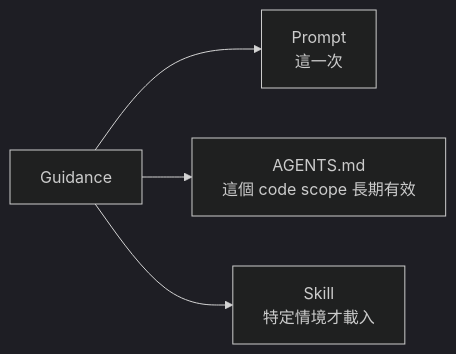
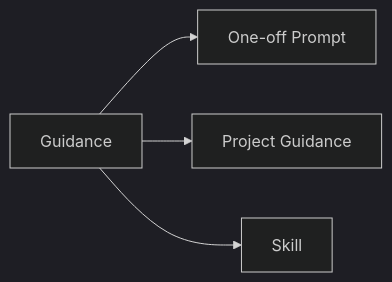
The second of 4 diagrams in docs/applications/where-should-behavior-live.md (indigofeather/harness-book), drawn with Mermaid (dark theme) before and after one commit. The commit also changed other lines of this file and 48 other files, not shown here.

````diff
--- a/docs/applications/where-should-behavior-live.md
+++ b/docs/applications/where-should-behavior-live.md
@@ -52,6 +117,6 @@
 ```mermaid
 flowchart LR
-  G[Guidance] --> P[Prompt\n這一次]
-  G --> A[AGENTS.md\n這個 code scope 長期有效]
-  G --> S[Skill\n特定情境才載入]
+  G[Guidance] --> O[One-off Prompt]
+  G --> P[Project Guidance]
+  G --> S[Skill]
 ```
````
